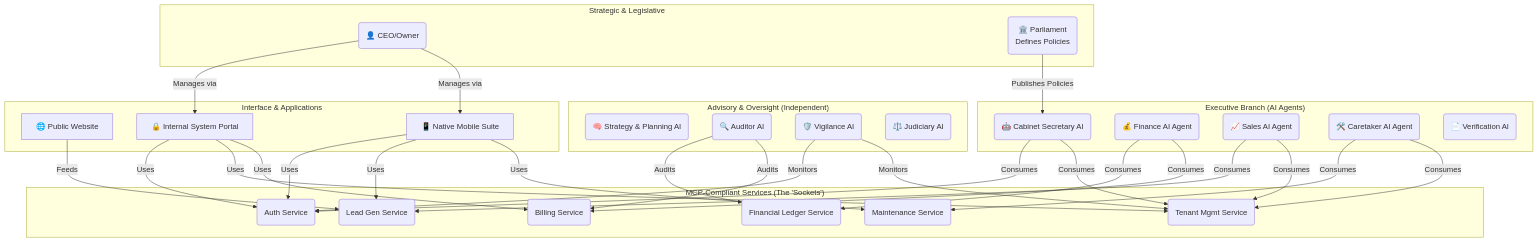
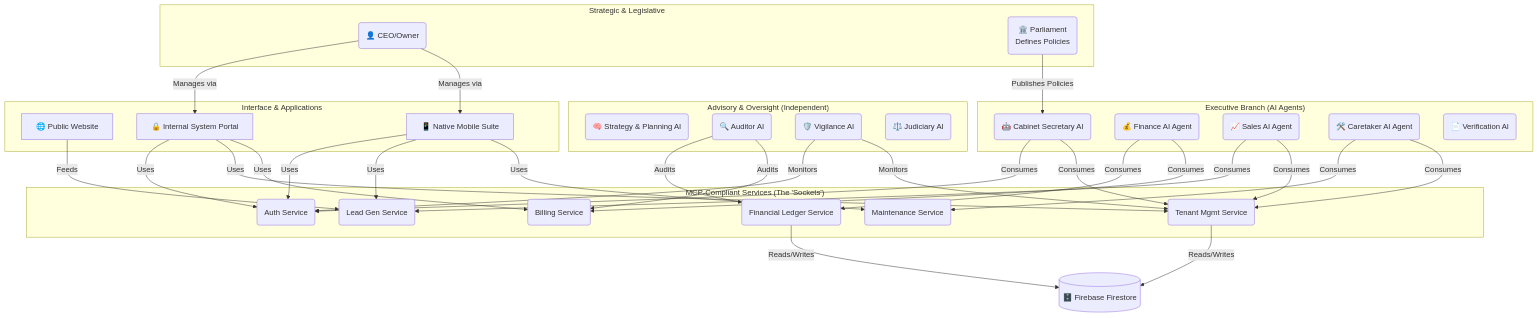
Before and after one commit to nishantsah08/bestpgindighi.in: the diagram in executive/ministry_of_technology_and_digital_infrastructure/development_department/docs/01_SYSTEM_ARCHITECTURE.md, drawn with Mermaid. The commit also changed 9 other files, not shown here.

````diff
--- a/executive/ministry_of_technology_and_digital_infrastructure/development_department/docs/01_SYSTEM_ARCHITECTURE.md
+++ b/executive/ministry_of_technology_and_digital_infrastructure/development_department/docs/01_SYSTEM_ARCHITECTURE.md
@@ -13,67 +13,73 @@
 ```mermaid
 graph TD
     subgraph "Strategic & Legislative"
         CEO(👤 CEO/Owner)
         PARLIAMENT(🏛️ Parliament <br> Defines Policies)
     end
 
     subgraph "Advisory & Oversight (Independent)"
         STRAT(🧠 Strategy & Planning AI)
         AUDIT(🔍 Auditor AI)
         VIGIL(🛡️ Vigilance AI)
         JUD(⚖️ Judiciary AI)
     end
 
     subgraph "Executive Branch (AI Agents)"
         CAB_SEC(🤖 Cabinet Secretary AI)
         FIN_AGENT(💰 Finance AI Agent)
         SALES_AGENT(📈 Sales AI Agent)
         CARETAKER_AGENT(🛠️ Caretaker AI Agent)
         VERIFICATION_AI(📄 Verification AI)
     end
 
     subgraph "Interface & Applications"
         PublicWebsite[🌐 Public Website]
         SystemPortal[🔒 Internal System Portal]
         MobileSuite[📱 Native Mobile Suite]
     end
 
     subgraph "MCP-Compliant Services (The 'Sockets')"
         MCP_AUTH(Auth Service)
         MCP_TENANTS(Tenant Mgmt Service)
         MCP_BILLING(Billing Service)
         MCP_MAINTENANCE(Maintenance Service)
         MCP_LEADS(Lead Gen Service)
         MCP_FINANCE(Financial Ledger Service)
     end
 
     %% AI to MCP Flows
     CAB_SEC -- "Consumes" --> MCP_AUTH
     CAB_SEC -- "Consumes" --> MCP_TENANTS
     FIN_AGENT -- "Consumes" --> MCP_FINANCE
     FIN_AGENT -- "Consumes" --> MCP_BILLING
     SALES_AGENT -- "Consumes" --> MCP_LEADS
     SALES_AGENT -- "Consumes" --> MCP_TENANTS
     CARETAKER_AGENT -- "Consumes" --> MCP_MAINTENANCE
     CARETAKER_AGENT -- "Consumes" --> MCP_TENANTS
 
+    %% Core Datastore
+    DATABASE[(🗄️ Firebase Firestore)]
+
+    MCP_TENANTS -- "Reads/Writes" --> DATABASE
+    MCP_FINANCE -- "Reads/Writes" --> DATABASE
+
     %% App to MCP Flows
     SystemPortal -- "Uses" --> MCP_AUTH
     SystemPortal -- "Uses" --> MCP_TENANTS
     SystemPortal -- "Uses" --> MCP_BILLING
     MobileSuite -- "Uses" --> MCP_AUTH
     MobileSuite -- "Uses" --> MCP_LEADS
     MobileSuite -- "Uses" --> MCP_MAINTENANCE
     PublicWebsite -- "Feeds" --> MCP_LEADS
 
     %% Oversight Flows
     AUDIT -- "Audits" --> MCP_FINANCE
     AUDIT -- "Audits" --> MCP_BILLING
     VIGIL -- "Monitors" --> MCP_AUTH
     VIGIL -- "Monitors" --> MCP_TENANTS
 
     %% Human & Policy Flows
     CEO -- "Manages via" --> SystemPortal
     CEO -- "Manages via" --> MobileSuite
     PARLIAMENT -- "Publishes Policies" --> CAB_SEC
 ```
````
